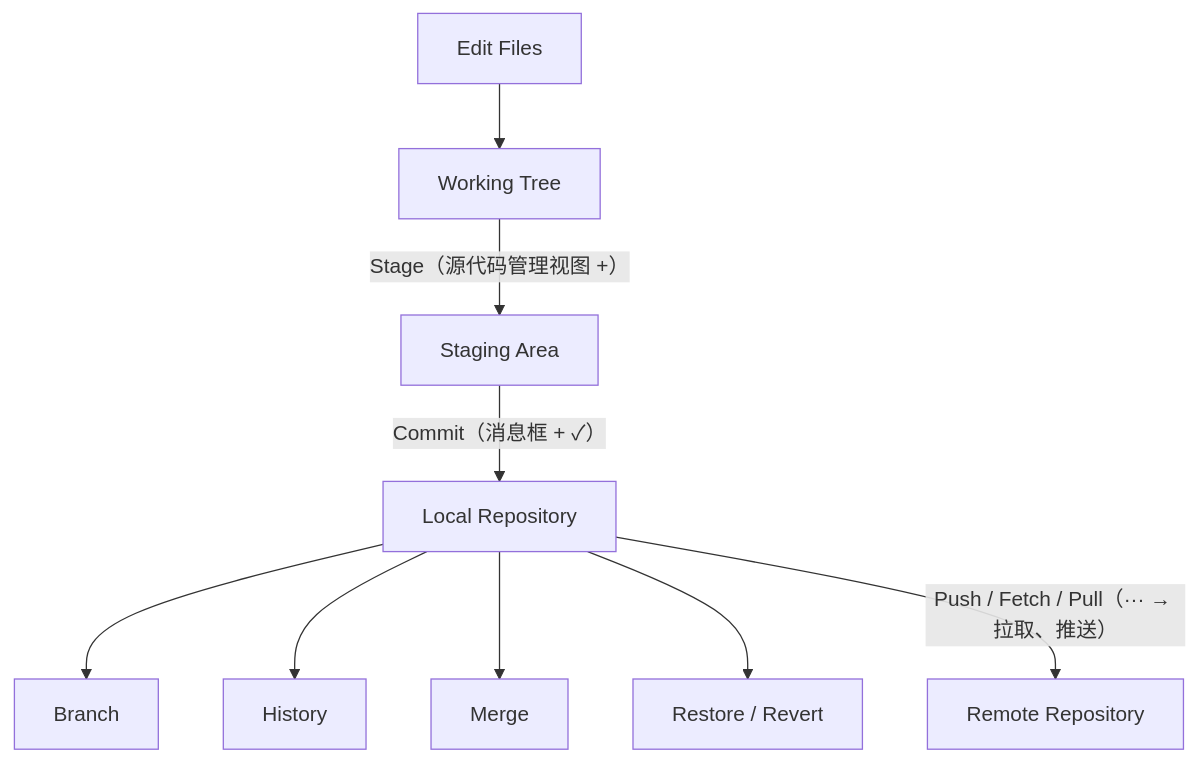
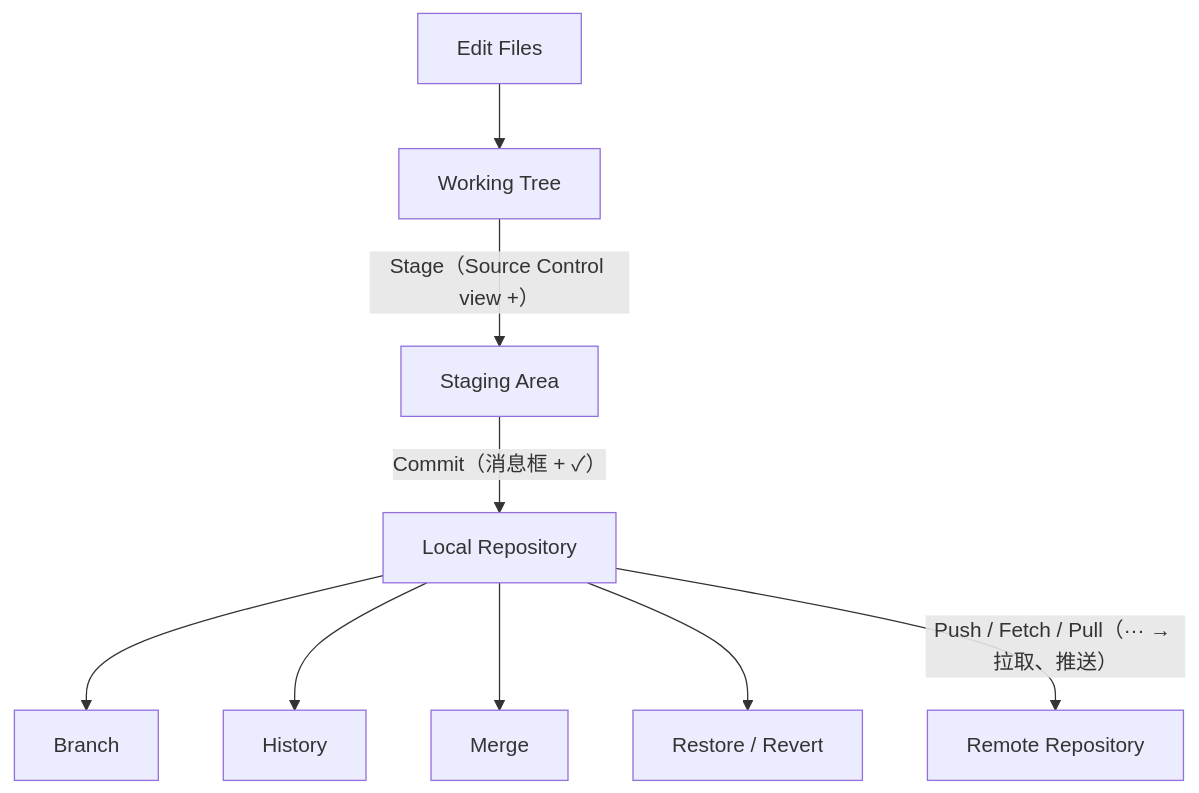
Diagram 17 of 20 in Contents/S02-20261030-Git/ref/git-ref.md (Ackii-Lo/2627-weekly-session), drawn with Mermaid before and after one commit. The commit also changed other lines of this file and 3 other files, not shown here.

````diff
--- a/Contents/S02-20261030-Git/ref/git-ref.md
+++ b/Contents/S02-20261030-Git/ref/git-ref.md
@@ -924,11 +933,11 @@
 ```mermaid
 flowchart TD
     EF["Edit Files"] --> WT["Working Tree"]
-    WT -->|"Stage（源代码管理视图 +）"| SA["Staging Area"]
+    WT -->|"Stage（Source Control view +）"| SA["Staging Area"]
     SA -->|"Commit（消息框 + ✓）"| LR["Local Repository"]
     LR --> BR["Branch"]
     LR --> HIS["History"]
     LR --> MG["Merge"]
     LR --> RV["Restore / Revert"]
     LR -->|"Push / Fetch / Pull（··· → 拉取、推送）"| RR["Remote Repository"]
 ```
````
